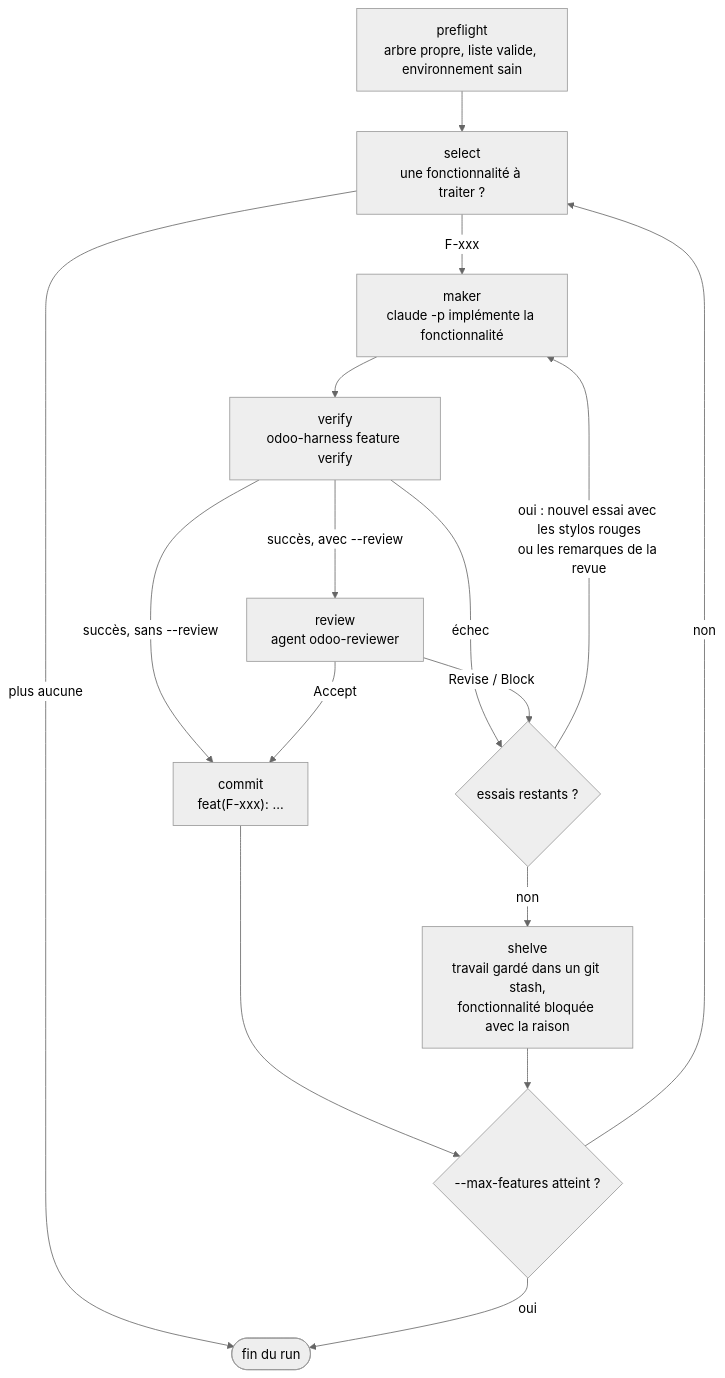
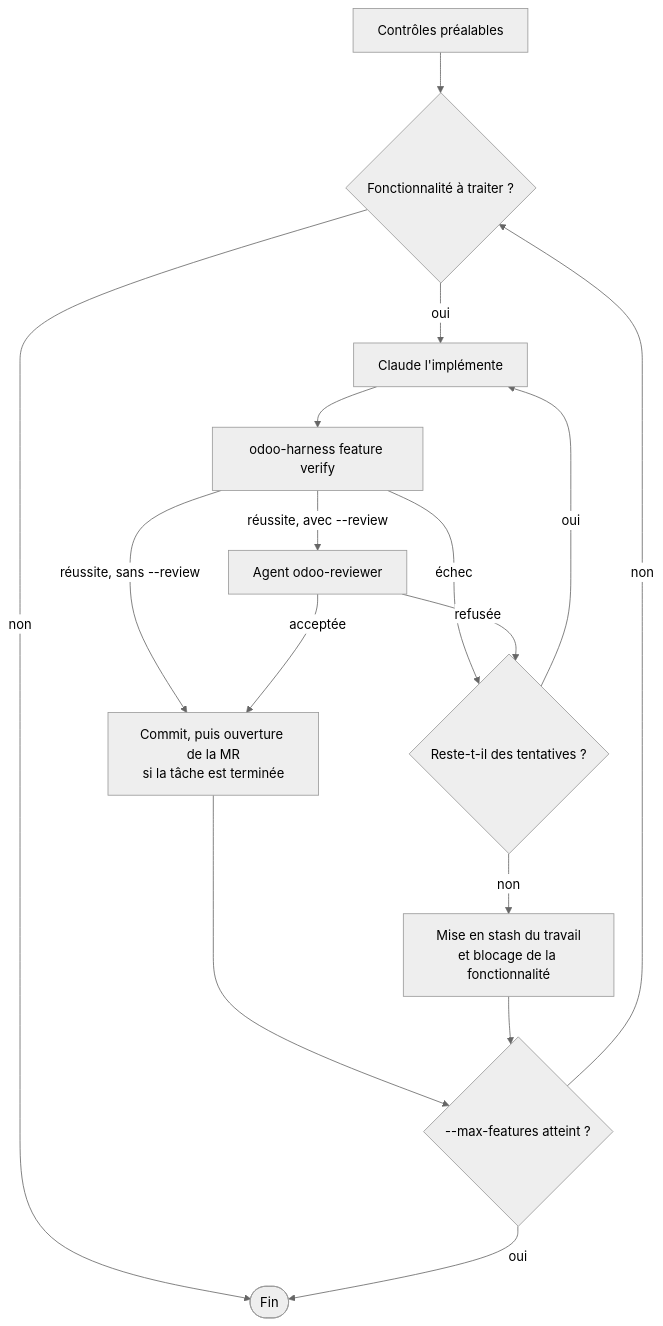
Before and after one commit to yessin-fogits/claude-odoo-harness: the diagram in README.fr.md, drawn with Mermaid (neutral theme). The commit also changed other lines of this file and 1 other file, not shown here.

````diff
--- a/README.fr.md
+++ b/README.fr.md
@@ -123,18 +232,18 @@
 ```mermaid
 flowchart TD
-    P["preflight<br/>arbre propre, liste valide, environnement sain"] --> S["select<br/>une fonctionnalité à traiter ?"]
-    S -->|"plus aucune"| E(["fin du run"])
-    S -->|"F-xxx"| M["maker<br/>claude -p implémente la fonctionnalité"]
-    M --> V["verify<br/>odoo-harness feature verify"]
-    V -->|"échec"| A{"essais restants ?"}
-    V -->|"succès, avec --review"| R["review<br/>agent odoo-reviewer"]
-    V -->|"succès, sans --review"| C["commit<br/>feat(F-xxx): ..."]
-    R -->|"Accept"| C
-    R -->|"Revise / Block"| A
-    A -->|"oui : nouvel essai avec les stylos rouges<br/>ou les remarques de la revue"| M
-    A -->|"non"| B["shelve<br/>travail gardé dans un git stash,<br/>fonctionnalité bloquée avec la raison"]
+    P["Contrôles préalables"] --> S{"Fonctionnalité à traiter ?"}
+    S -->|"non"| E(["Fin"])
+    S -->|"oui"| M["Claude l'implémente"]
+    M --> V["odoo-harness feature verify"]
+    V -->|"réussite, avec --review"| R["Agent odoo-reviewer"]
+    V -->|"réussite, sans --review"| C["Commit, puis ouverture de la MR<br/>si la tâche est terminée"]
+    V -->|"échec"| A{"Reste-t-il des tentatives ?"}
+    R -->|"acceptée"| C
+    R -->|"refusée"| A
+    A -->|"oui"| M
+    A -->|"non"| B["Mise en stash du travail<br/>et blocage de la fonctionnalité"]
     C --> N{"--max-features atteint ?"}
     B --> N
     N -->|"non"| S
     N -->|"oui"| E
 ```
````
